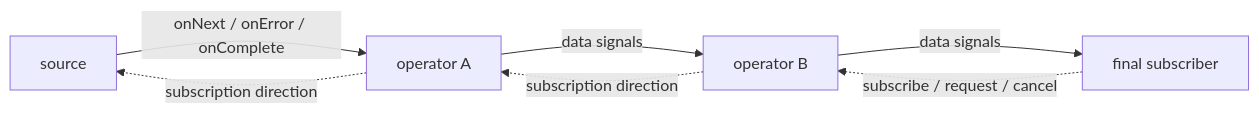
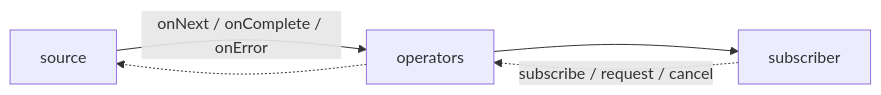
Before and after one commit to omarakkulov/reactive-learning: the fifth of 5 diagrams in src/main/java/com/akkulov/reactive_learning/modules/V6_threads_schedulers_practice/full-plan.md, drawn with Mermaid. The commit also changed other lines of this file and 4 other files, not shown here.

````diff
--- a/src/main/java/com/akkulov/reactive_learning/modules/V6_threads_schedulers_practice/full-plan.md
+++ b/src/main/java/com/akkulov/reactive_learning/modules/V6_threads_schedulers_practice/full-plan.md
@@ -544,9 +279,7 @@
 ```mermaid
 flowchart LR
-    Source["source"] -->|" onNext / onError / onComplete "| Op1["operator A"]
-    Op1 -->|" data signals "| Op2["operator B"]
-    Op2 -->|" data signals "| Subscriber["final subscriber"]
-    Subscriber -.->|" subscribe / request / cancel "| Op2
-    Op2 -.->|" subscription direction "| Op1
-    Op1 -.->|" subscription direction "| Source
+    Source["source"] -->|" onNext / onComplete / onError "| Operator["operators"]
+    Operator --> Subscriber["subscriber"]
+    Subscriber -.->|" subscribe / request / cancel "| Operator
+    Operator -.-> Source
 ```
````
